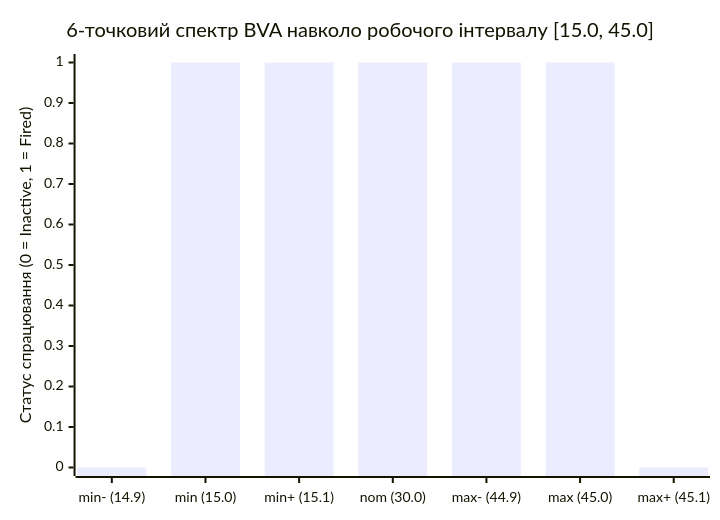
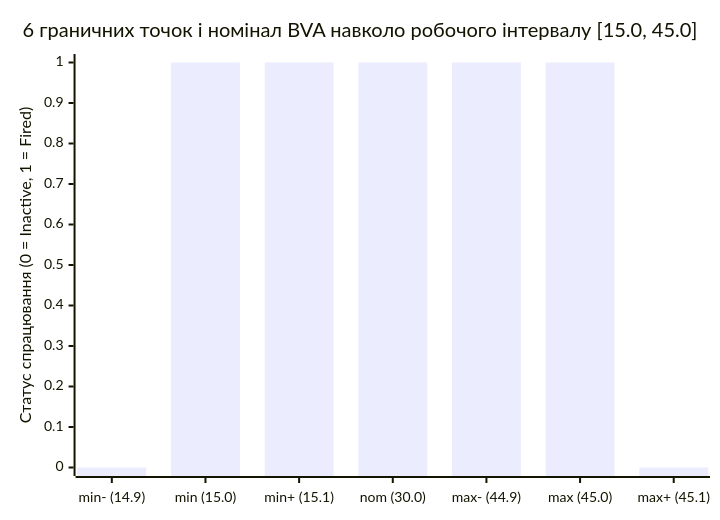
Before and after one commit to nick-fedchik/articles: the fourth of 9 diagrams in ExpertSystem/ch36-knowledge-testing-pyramid-and-variational-calibration.md, drawn with Mermaid. The commit also changed other lines of this file, not shown here.

Commit message:
docs(ch36): BVA boundary points vs test values (UK only)

````diff
--- a/ExpertSystem/ch36-knowledge-testing-pyramid-and-variational-calibration.md
+++ b/ExpertSystem/ch36-knowledge-testing-pyramid-and-variational-calibration.md
@@ -203,7 +203,7 @@
 ```mermaid
 xychart-beta
-    title "6-точковий спектр BVA навколо робочого інтервалу [15.0, 45.0]"
+    title "6 граничних точок і номінал BVA навколо робочого інтервалу [15.0, 45.0]"
     x-axis ["min- (14.9)", "min (15.0)", "min+ (15.1)", "nom (30.0)", "max- (44.9)", "max (45.0)", "max+ (45.1)"]
     y-axis "Статус спрацювання (0 = Inactive, 1 = Fired)" 0 --> 1
     bar [0, 1, 1, 1, 1, 1, 0]
 ```
````
